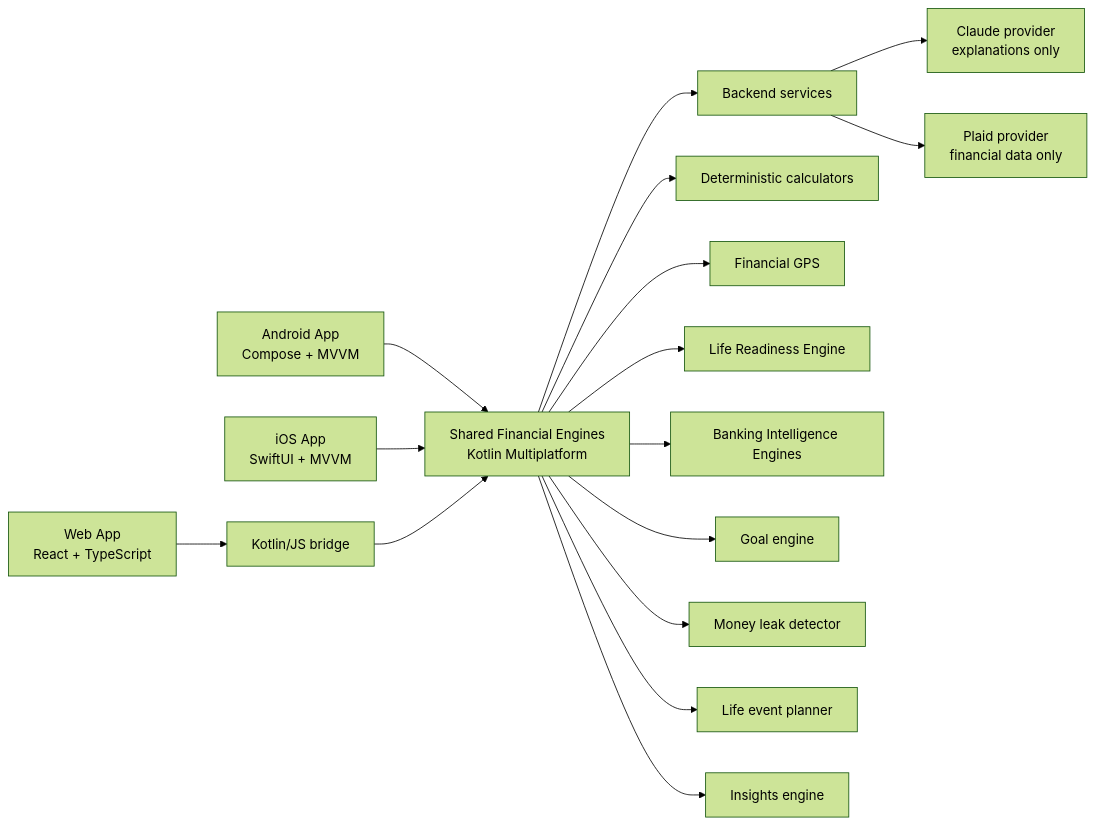
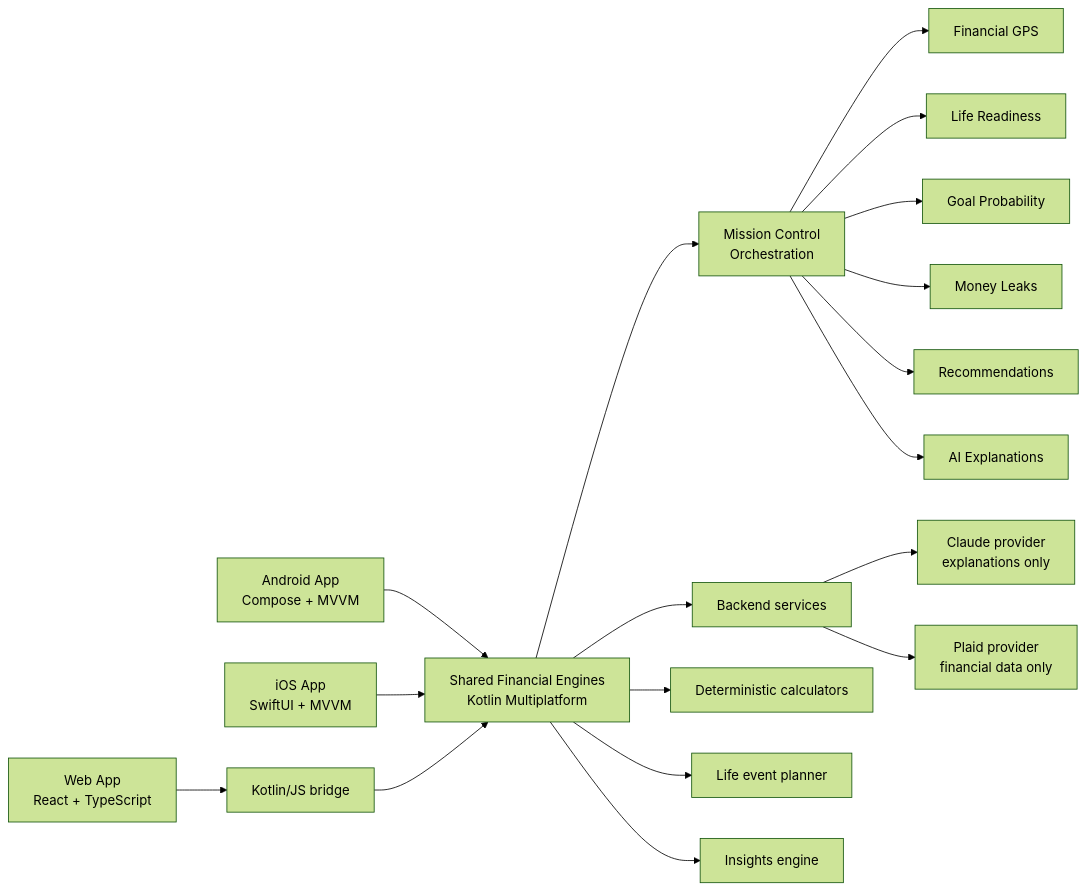
Before and after one commit to sagrawal2418/futureme-financial-ai: the diagram in README.md, drawn with Mermaid (forest theme). The commit also changed other lines of this file and 27 other files, not shown here.

Commit message:
Refactor product around Mission Control (#5)

````diff
--- a/README.md
+++ b/README.md
@@ -86,23 +109,26 @@
 ```mermaid
 flowchart LR
     ANDROID["Android App<br/>Compose + MVVM"]
     IOS["iOS App<br/>SwiftUI + MVVM"]
     WEB["Web App<br/>React + TypeScript"]
 
     ANDROID --> CORE["Shared Financial Engines<br/>Kotlin Multiplatform"]
     IOS --> CORE
     WEB --> BRIDGE["Kotlin/JS bridge"] --> CORE
 
+    CORE --> MISSION["Mission Control<br/>Orchestration"]
+    MISSION --> GPS["Financial GPS"]
+    MISSION --> READY["Life Readiness"]
+    MISSION --> GOALS["Goal Probability"]
+    MISSION --> LEAKS["Money Leaks"]
+    MISSION --> BANK["Recommendations"]
+    MISSION --> AI["AI Explanations"]
+
     CORE --> API["Backend services"]
     API --> CLAUDE["Claude provider<br/>explanations only"]
     API --> PLAID["Plaid provider<br/>financial data only"]
 
     CORE --> CALC["Deterministic calculators"]
-    CORE --> GPS["Financial GPS"]
-    CORE --> READY["Life Readiness Engine"]
-    CORE --> BANK["Banking Intelligence Engines"]
-    CORE --> GOALS["Goal engine"]
-    CORE --> LEAKS["Money leak detector"]
     CORE --> EVENTS["Life event planner"]
     CORE --> INSIGHTS["Insights engine"]
 ```
````
